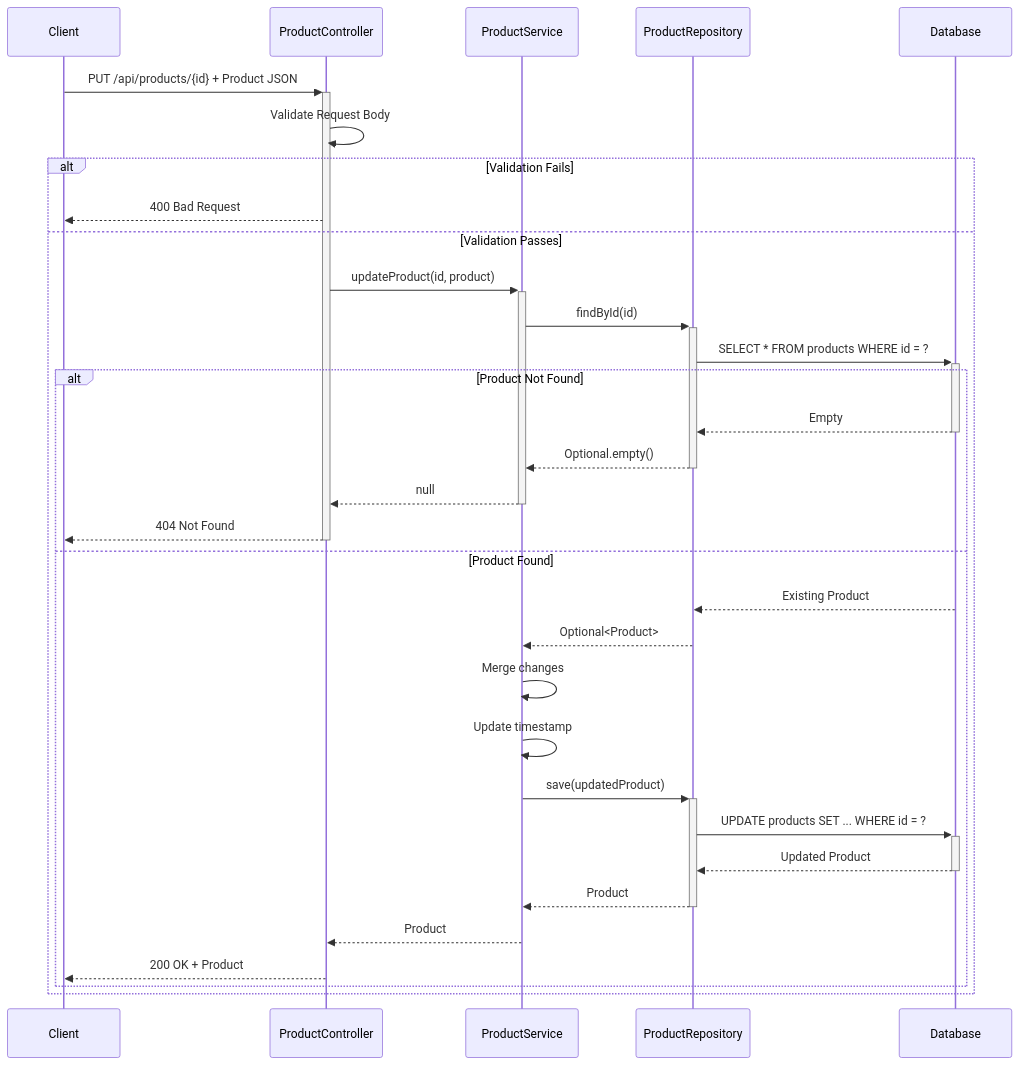
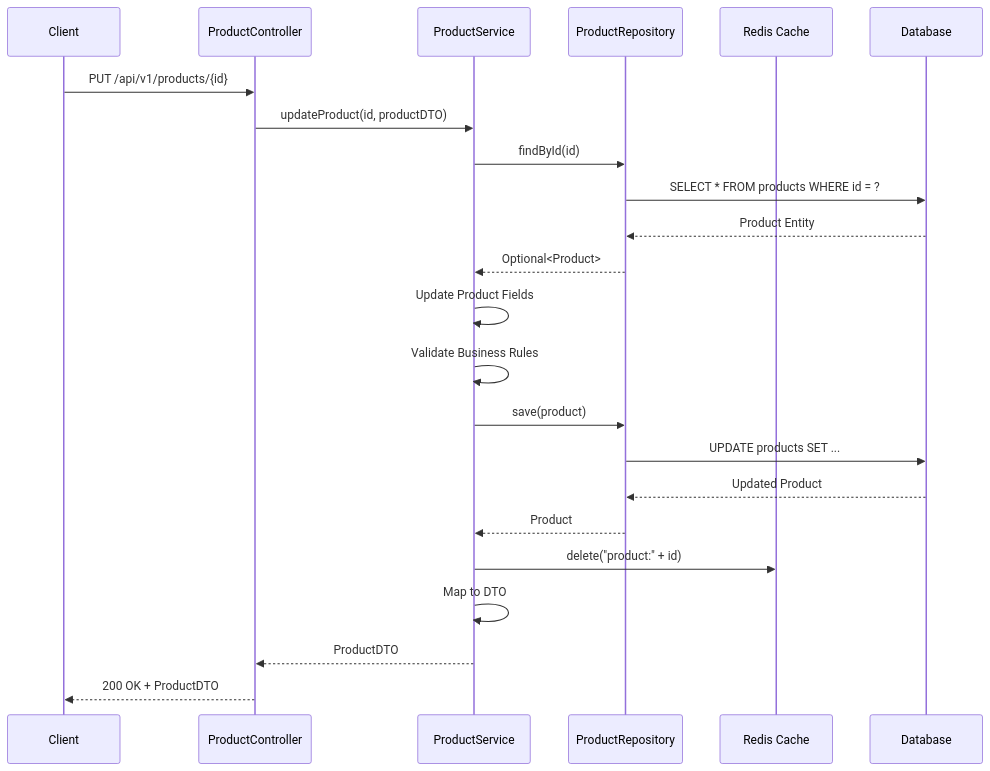
Before and after one commit to NavneetBN47/aava-ecom-demo: diagram 11 of 23 in docs/LLD/modified_lld.md, drawn with Mermaid. The commit also changed other lines of this file, not shown here.

````diff
--- a/docs/LLD/modified_lld.md
+++ b/docs/LLD/modified_lld.md
@@ -654,37 +958,26 @@
 ```mermaid
 sequenceDiagram
     participant Client
-    participant ProductController
-    participant ProductService
-    participant ProductRepository
-    participant Database
+    participant Controller as ProductController
+    participant Service as ProductService
+    participant Repository as ProductRepository
+    participant Cache as Redis Cache
+    participant DB as Database
     
-    Client->>+ProductController: PUT /api/products/{id} + Product JSON
-    ProductController->>ProductController: Validate Request Body
-    
-    alt Validation Fails
-        ProductController-->>Client: 400 Bad Request
-    else Validation Passes
-        ProductController->>+ProductService: updateProduct(id, product)
-        ProductService->>+ProductRepository: findById(id)
-        ProductRepository->>+Database: SELECT * FROM products WHERE id = ?
-        
-        alt Product Not Found
-            Database-->>-ProductRepository: Empty
-            ProductRepository-->>-ProductService: Optional.empty()
-            ProductService-->>-ProductController: null
-            ProductController-->>-Client: 404 Not Found
-        else Product Found
-            Database-->>ProductRepository: Existing Product
-            ProductRepository-->>ProductService: Optional<Product>
-            ProductService->>ProductService: Merge changes
-            ProductService->>ProductService: Update timestamp
-            ProductService->>+ProductRepository: save(updatedProduct)
-            ProductRepository->>+Database: UPDATE products SET ... WHERE id = ?
-            Database-->>-ProductRepository: Updated Product
-            ProductRepository-->>-ProductService: Product
-            ProductService-->>ProductController: Product
-            ProductController-->>Client: 200 OK + Product
-        end
-    end
+    Client->>Controller: PUT /api/v1/products/{id}
+    Controller->>Service: updateProduct(id, productDTO)
+    Service->>Repository: findById(id)
+    Repository->>DB: SELECT * FROM products WHERE id = ?
+    DB-->>Repository: Product Entity
+    Repository-->>Service: Optional<Product>
+    Service->>Service: Update Product Fields
+    Service->>Service: Validate Business Rules
+    Service->>Repository: save(product)
+    Repository->>DB: UPDATE products SET ...
+    DB-->>Repository: Updated Product
+    Repository-->>Service: Product
+    Service->>Cache: delete("product:" + id)
+    Service->>Service: Map to DTO
+    Service-->>Controller: ProductDTO
+    Controller-->>Client: 200 OK + ProductDTO
 ```
````
